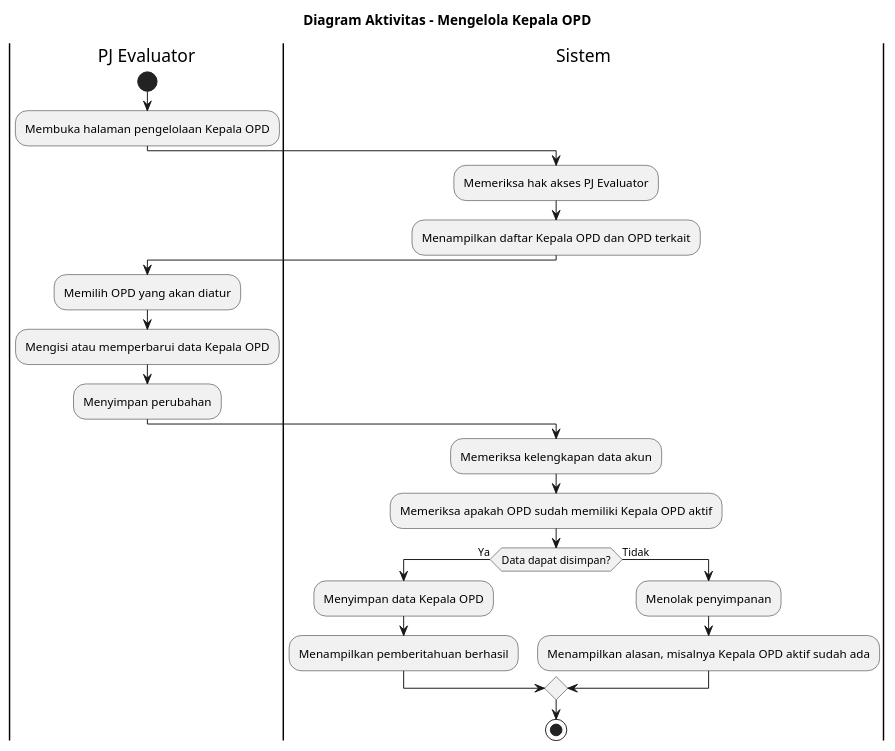
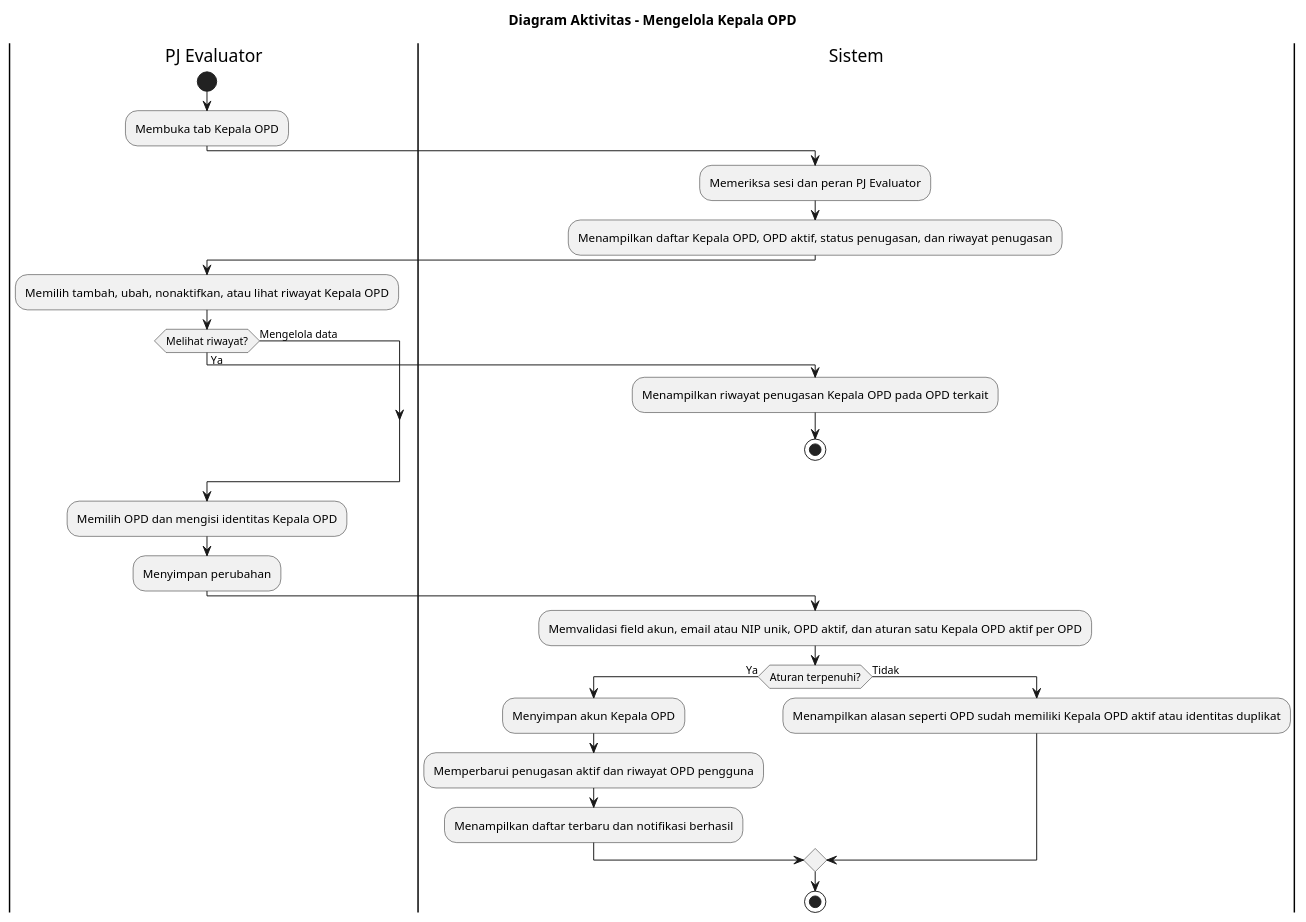
Before and after one commit to howlil/sop-generate-app: the diagram in docs/activity-diagram/lampiran/pj-evaluator-mengelola-kepala-opd.md, drawn with PlantUML. The commit also changed other lines of this file and 90 other files, not shown here.

````diff
--- a/docs/activity-diagram/lampiran/pj-evaluator-mengelola-kepala-opd.md
+++ b/docs/activity-diagram/lampiran/pj-evaluator-mengelola-kepala-opd.md
@@ -16,31 +16,40 @@
 ```plantuml
 @startuml
 title Diagram Aktivitas - Mengelola Kepala OPD
 
 |PJ Evaluator|
 start
-:Membuka halaman pengelolaan Kepala OPD;
+:Membuka tab Kepala OPD;
 
 |Sistem|
-:Memeriksa hak akses PJ Evaluator;
-:Menampilkan daftar Kepala OPD dan OPD terkait;
+:Memeriksa sesi dan peran PJ Evaluator;
+:Menampilkan daftar Kepala OPD, OPD aktif, status penugasan, dan riwayat penugasan;
 
 |PJ Evaluator|
-:Memilih OPD yang akan diatur;
-:Mengisi atau memperbarui data Kepala OPD;
+:Memilih tambah, ubah, nonaktifkan, atau lihat riwayat Kepala OPD;
+
+if (Melihat riwayat?) then (Ya)
+  |Sistem|
+  :Menampilkan riwayat penugasan Kepala OPD pada OPD terkait;
+  stop
+else (Mengelola data)
+endif
+
+|PJ Evaluator|
+:Memilih OPD dan mengisi identitas Kepala OPD;
 :Menyimpan perubahan;
 
 |Sistem|
-:Memeriksa kelengkapan data akun;
-:Memeriksa apakah OPD sudah memiliki Kepala OPD aktif;
-if (Data dapat disimpan?) then (Ya)
-  :Menyimpan data Kepala OPD;
-  :Menampilkan pemberitahuan berhasil;
+:Memvalidasi field akun, email atau NIP unik, OPD aktif, dan aturan satu Kepala OPD aktif per OPD;
+
+if (Aturan terpenuhi?) then (Ya)
+  :Menyimpan akun Kepala OPD;
+  :Memperbarui penugasan aktif dan riwayat OPD pengguna;
+  :Menampilkan daftar terbaru dan notifikasi berhasil;
 else (Tidak)
-  :Menolak penyimpanan;
-  :Menampilkan alasan, misalnya Kepala OPD aktif sudah ada;
+  :Menampilkan alasan seperti OPD sudah memiliki Kepala OPD aktif atau identitas duplikat;
 endif
 
 stop
 @enduml
 ```
````
